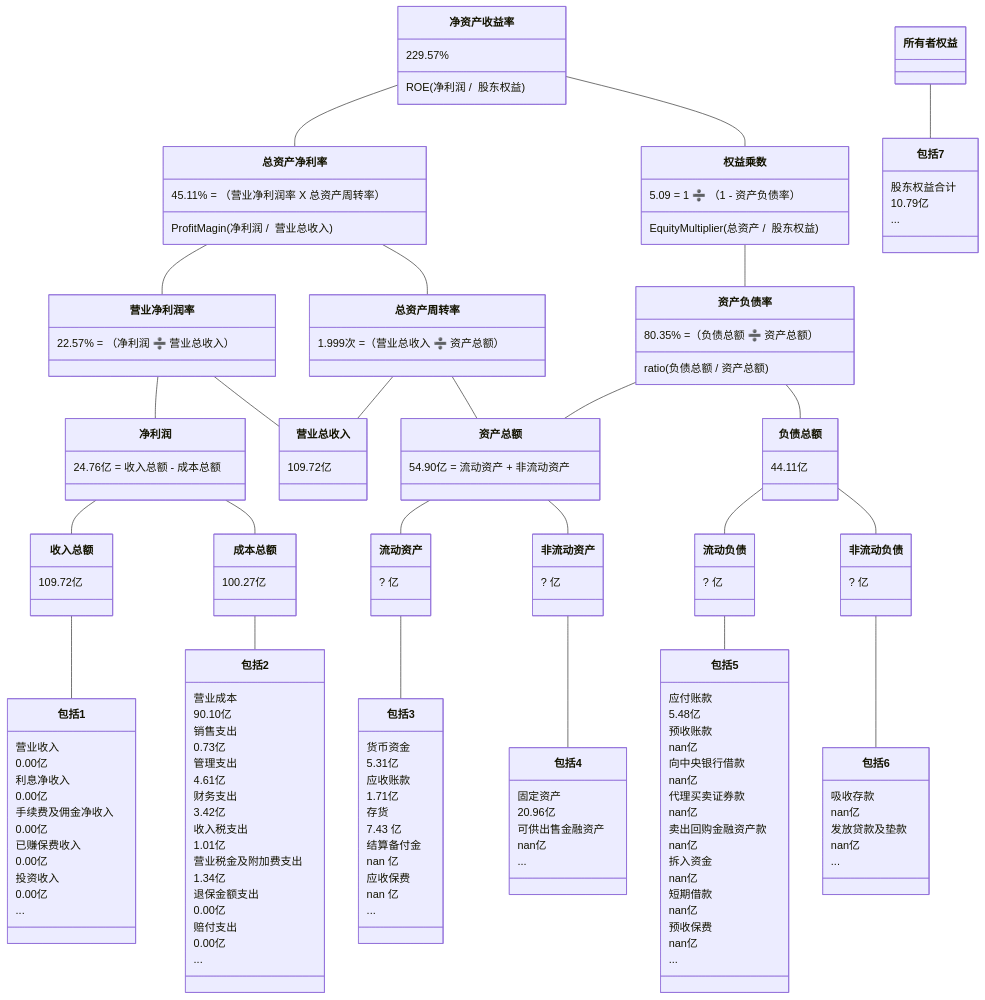
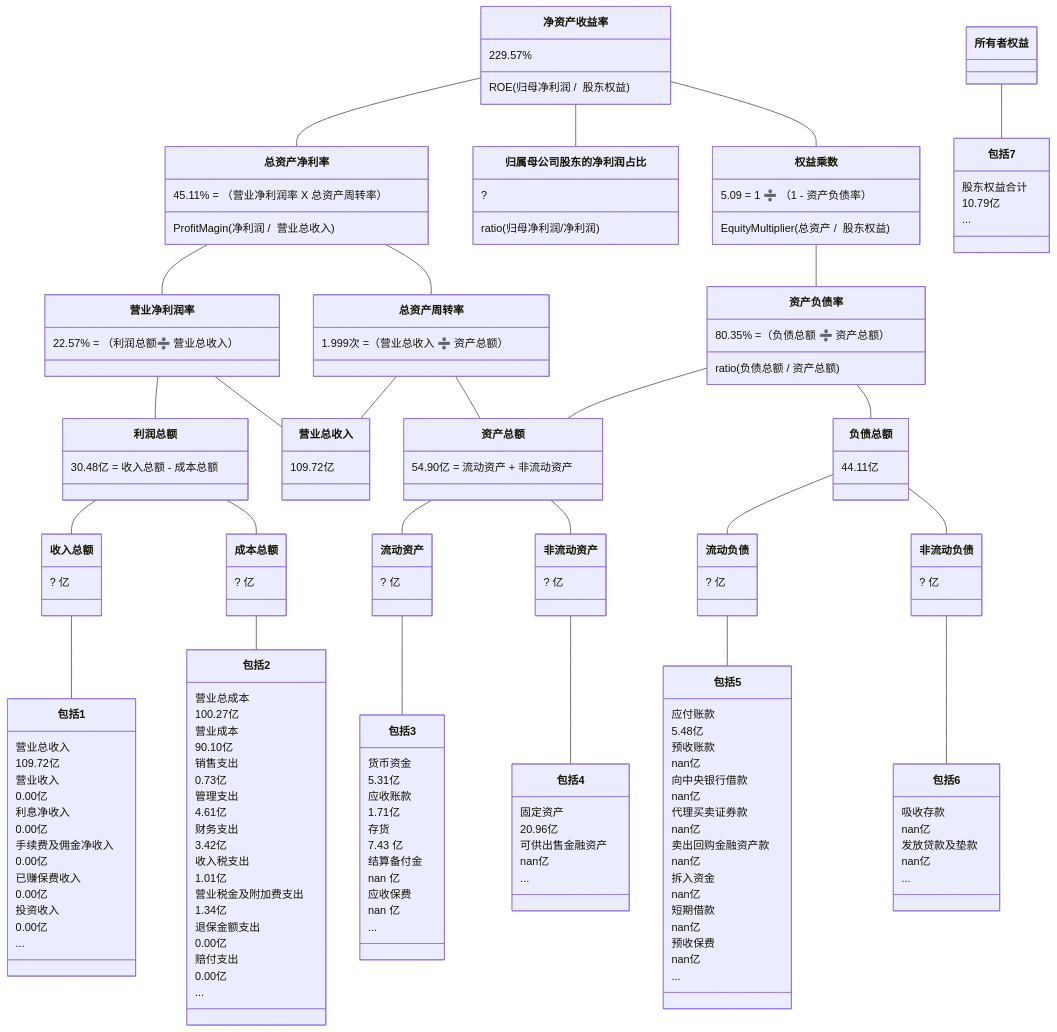
Before and after one commit to TheVeryDarkness/cs410: the second of 10 diagrams in 2/2.md, drawn with Mermaid. The commit also changed other lines of this file and 55 other files, not shown here.

```diff
--- a/2/2.md
+++ b/2/2.md
@@ -129,23 +136,26 @@
 classDiagram
 净资产收益率 -- 总资产净利率
     净资产收益率 : 229.57%
-    净资产收益率 : ROE(净利润 /  股东权益)
+    净资产收益率 : ROE(归母净利润 /  股东权益)
     总资产净利率 : 45.11% = （营业净利润率 X 总资产周转率）
     总资产净利率 : ProfitMagin(净利润 /  营业总收入)
+净资产收益率 -- 归属母公司股东的净利润占比
+	归属母公司股东的净利润占比 : ?
+	归属母公司股东的净利润占比 : ratio(归母净利润/净利润)
 净资产收益率 -- 权益乘数
     权益乘数 : 5.09 = 1 ➗ （1 - 资产负债率）
     权益乘数 : EquityMultiplier(总资产 /  股东权益)
     
 总资产净利率 -- 营业净利润率
-    营业净利润率 : 22.57% = （净利润 ➗ 营业总收入）
+    营业净利润率 : 22.57% = （利润总额➗ 营业总收入）
 总资产净利率 -- 总资产周转率
     总资产周转率 : 1.999次 =（营业总收入 ➗ 资产总额）
 权益乘数 -- 资产负债率
     资产负债率  : 80.35% =（负债总额 ➗ 资产总额）
     资产负债率  : ratio(负债总额 / 资产总额)
 
-营业净利润率 -- 净利润
-    净利润 : 24.76亿 = 收入总额 - 成本总额
+营业净利润率 -- 利润总额
+   利润总额 : 30.48亿 = 收入总额 - 成本总额
 营业净利润率 -- 营业总收入
     营业总收入 : 109.72亿
 总资产周转率 -- 营业总收入
@@ -156,10 +166,10 @@
 资产负债率 -- 　资产总额
 
 
-净利润 -- 收入总额
-    收入总额 : 109.72亿
-净利润 -- 成本总额
-    成本总额 : 100.27亿
+利润总额 -- 收入总额
+    收入总额 : ? 亿
+利润总额 -- 成本总额
+    成本总额 : ? 亿
 资产总额 -- 流动资产
 	流动资产 : ? 亿
 资产总额 -- 非流动资产
@@ -170,6 +180,8 @@
 	非流动负债 : ? 亿
 
 收入总额 -- 包括1
+    包括1 : 营业总收入
+    包括1 : 109.72亿
     包括1 : 营业收入
     包括1 : 0.00亿
     包括1 : 利息净收入
@@ -182,6 +194,8 @@
     包括1 : 0.00亿
     包括1 : ...
 成本总额 -- 包括2
+    包括2 : 营业总成本
+    包括2 : 100.27亿
     包括2 : 营业成本
     包括2 : 90.10亿
     包括2 : 销售支出
```
